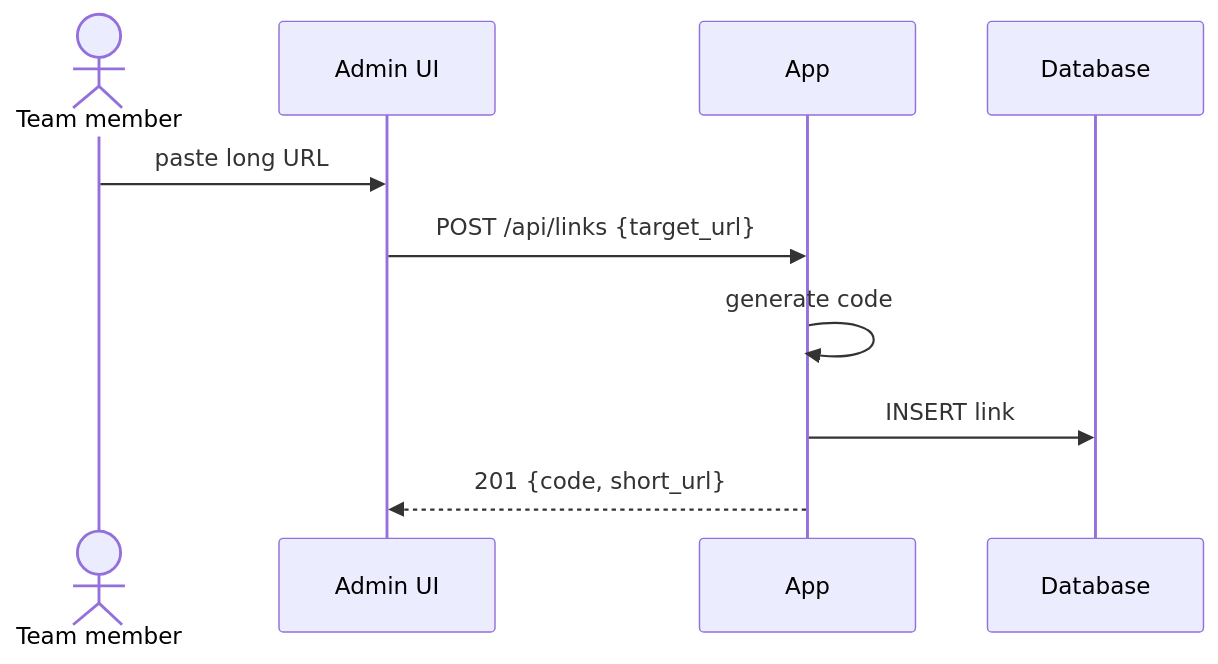
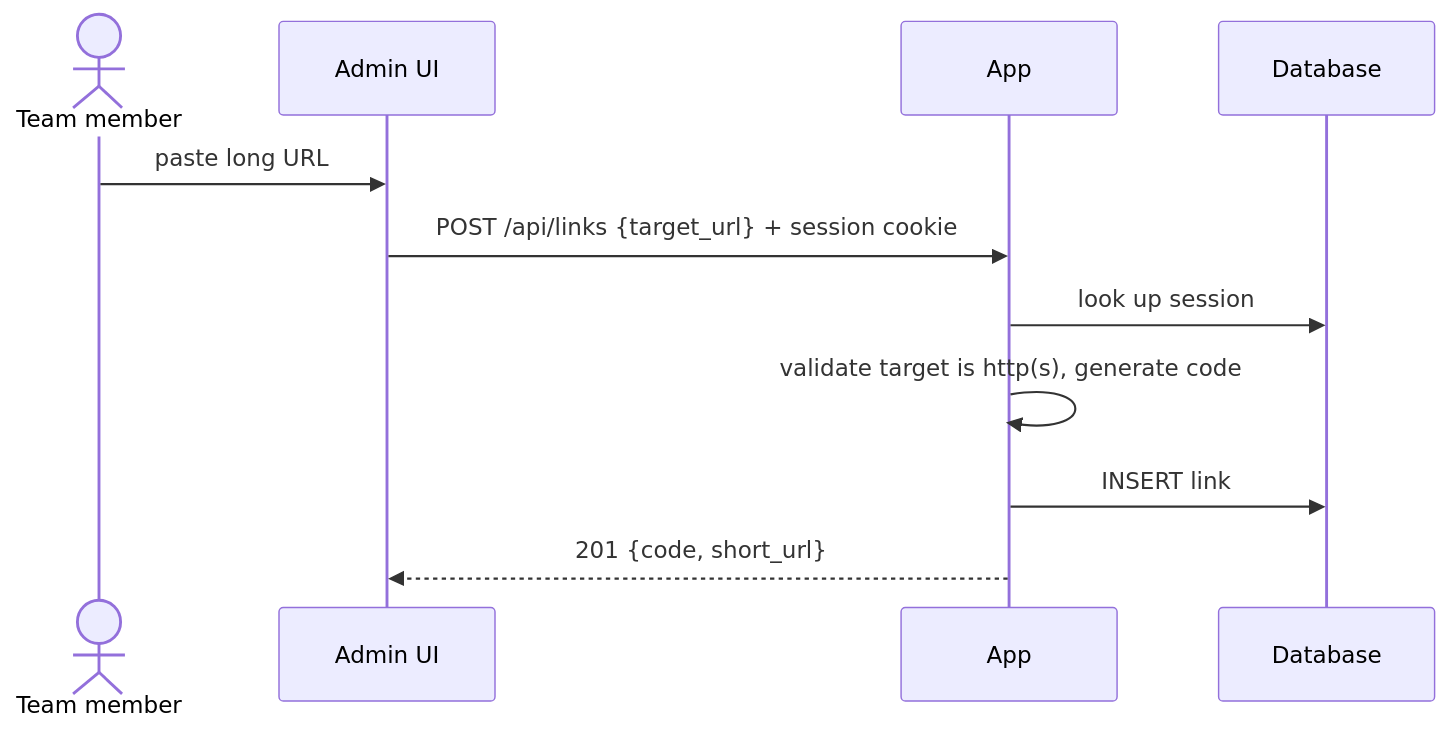
One commit to fwiesek/tech-design-skills changed the fourth of 6 diagrams in examples/link-shortener/docs/design/link-shortener/design.md. Above: the diagram before and after it, drawn with Mermaid. The commit also changed other lines of this file and 7 other files, not shown here.

````diff
--- a/examples/link-shortener/docs/design/link-shortener/design.md
+++ b/examples/link-shortener/docs/design/link-shortener/design.md
@@ -124,12 +146,13 @@
 ```mermaid
 sequenceDiagram
   actor Member as Team member
   participant UI as Admin UI
   participant App
   participant DB as Database
   Member->>UI: paste long URL
-  UI->>App: POST /api/links {target_url}
-  App->>App: generate code
+  UI->>App: POST /api/links {target_url} + session cookie
+  App->>DB: look up session
+  App->>App: validate target is http(s), generate code
   App->>DB: INSERT link
   App-->>UI: 201 {code, short_url}
 ```
````
